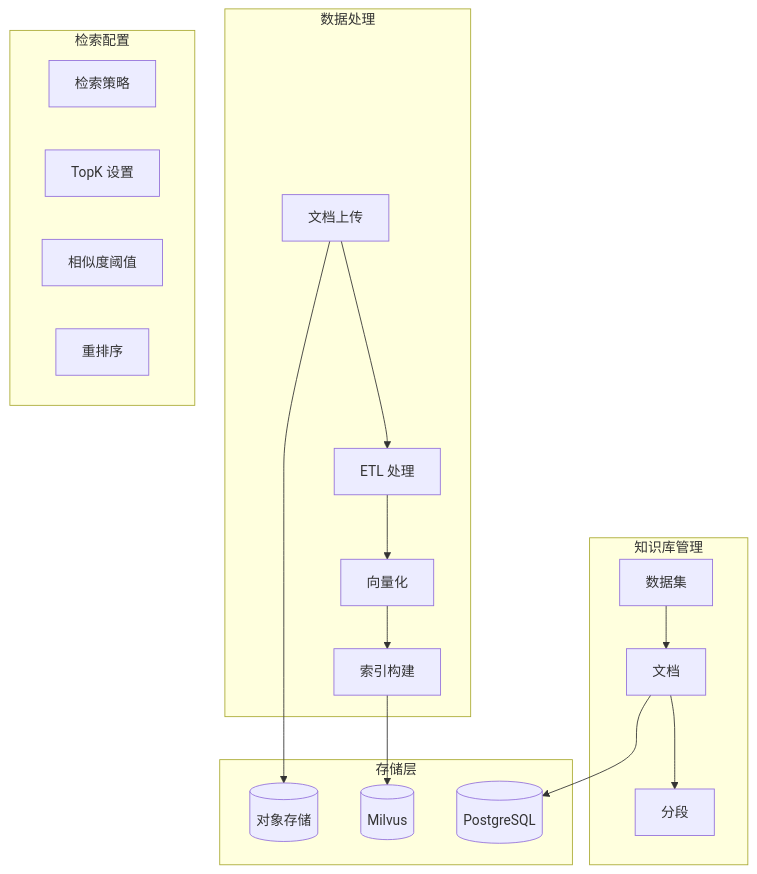
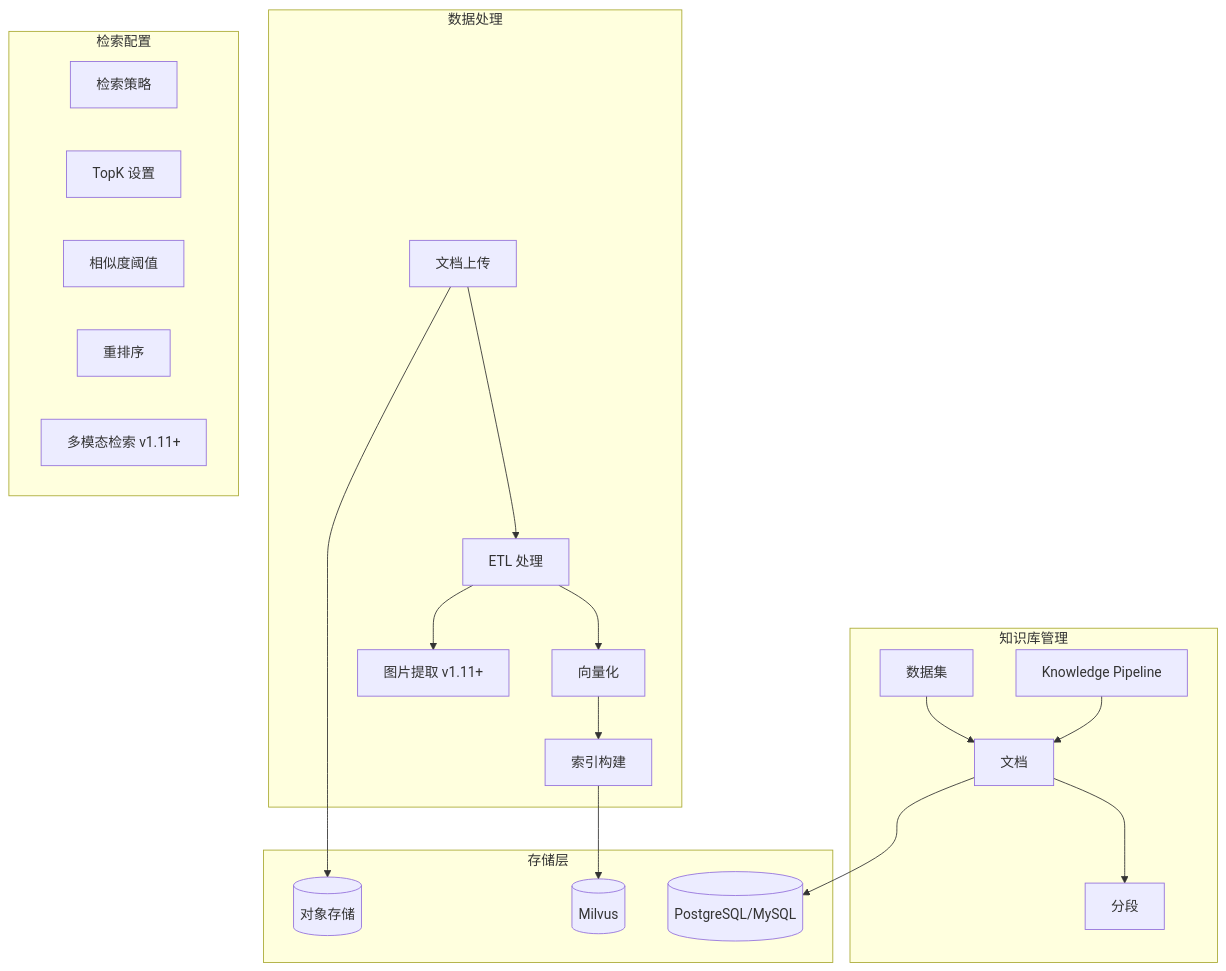
One commit to hanwei808/ai-product-production-guide changed the eighth of 27 diagrams in 开发计划/服务设计/06-dify-service-design.md. Above: the diagram before and after it, drawn with Mermaid. The commit also changed other lines of this file and 6 other files, not shown here.

````diff
--- a/开发计划/服务设计/06-dify-service-design.md
+++ b/开发计划/服务设计/06-dify-service-design.md
@@ -307,39 +313,44 @@
 ```mermaid
 graph TD
     subgraph 知识库管理
         Dataset[数据集]
         Document[文档]
         Segment[分段]
+        Pipeline[Knowledge Pipeline]
     end
 
     subgraph 数据处理
         Upload[文档上传]
         ETLProcess[ETL 处理]
         Embedding[向量化]
         Index[索引构建]
+        ImageExtract[图片提取 v1.11+]
     end
 
     subgraph 检索配置
         Strategy[检索策略]
         TopK[TopK 设置]
         Score[相似度阈值]
         Rerank[重排序]
+        Multimodal[多模态检索 v1.11+]
     end
 
     subgraph 存储层
         Milvus[(Milvus)]
-        PG[(PostgreSQL)]
+        PG[(PostgreSQL/MySQL)]
         S3[(对象存储)]
     end
 
     Dataset --> Document
     Document --> Segment
+    Pipeline --> Document
 
     Upload --> ETLProcess
     ETLProcess --> Embedding
+    ETLProcess --> ImageExtract
     Embedding --> Index
 
     Index --> Milvus
     Document --> PG
     Upload --> S3
 ```
````
